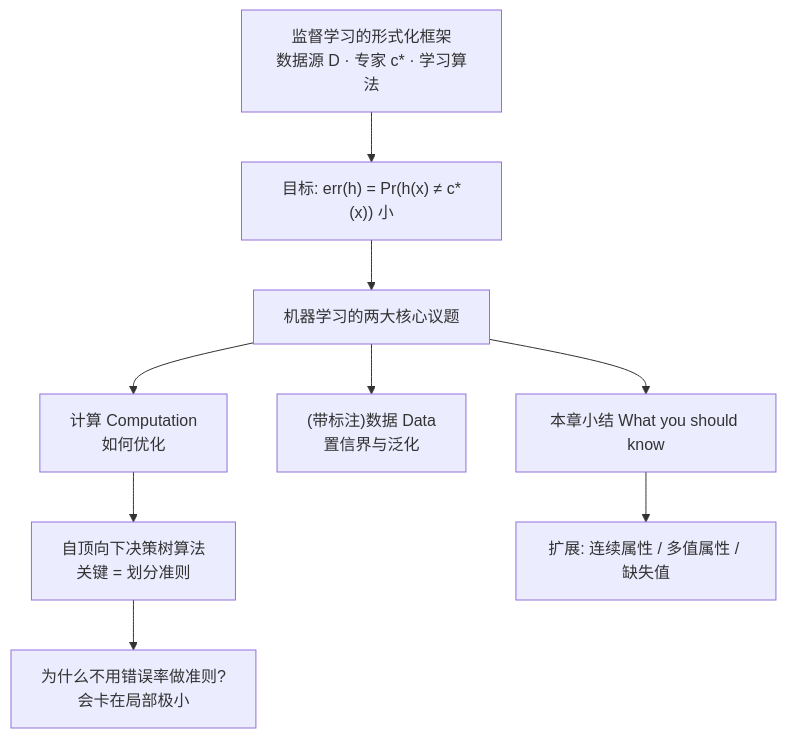
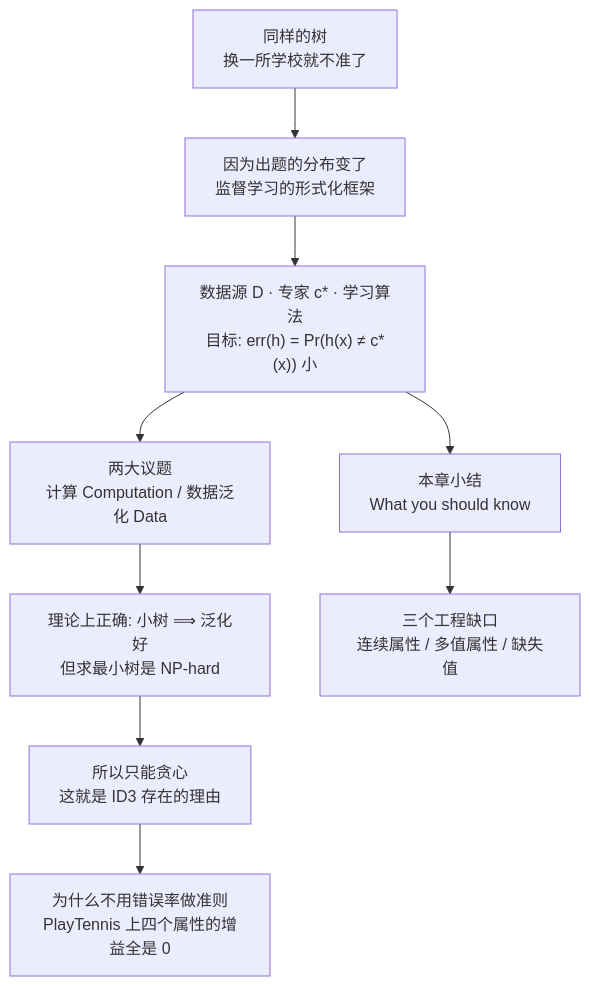
Before and after one commit to KayeAdams515/ClaudeNotes: the first of 3 diagrams in 机器学习/C1.5 学习理论视角与决策树扩展.md, drawn with Mermaid. The commit also changed other lines of this file and 777 other files, not shown here.

````diff
--- a/机器学习/C1.5 学习理论视角与决策树扩展.md
+++ b/机器学习/C1.5 学习理论视角与决策树扩展.md
@@ -13,11 +22,11 @@
 ```mermaid
 flowchart TD
-    A["监督学习的形式化框架<br/>数据源 D · 专家 c* · 学习算法"] --> B["目标: err(h) = Pr(h(x) ≠ c*(x)) 小"]
-    B --> C[机器学习的两大核心议题]
-    C --> C1["计算 Computation<br/>如何优化"]
-    C --> C2["(带标注)数据 Data<br/>置信界与泛化"]
-    C1 --> D["自顶向下决策树算法<br/>关键 = 划分准则"]
-    D --> E["为什么不用错误率做准则?<br/>会卡在局部极小"]
-    C --> F[本章小结 What you should know]
-    F --> G["扩展: 连续属性 / 多值属性 / 缺失值"]
+    A["同样的树<br/>换一所学校就不准了"] --> B["因为出题的分布变了<br/>监督学习的形式化框架"]
+    B --> C["数据源 D · 专家 c* · 学习算法<br/>目标: err(h) = Pr(h(x) ≠ c*(x)) 小"]
+    C --> D["两大议题<br/>计算 Computation / 数据泛化 Data"]
+    D --> E["理论上正确: 小树 ⟹ 泛化好<br/>但求最小树是 NP-hard"]
+    E --> F["所以只能贪心<br/>这就是 ID3 存在的理由"]
+    F --> G["为什么不用错误率做准则<br/>PlayTennis 上四个属性的增益全是 0"]
+    C --> H["本章小结<br/>What you should know"]
+    H --> I["三个工程缺口<br/>连续属性 / 多值属性 / 缺失值"]
 ```
````
